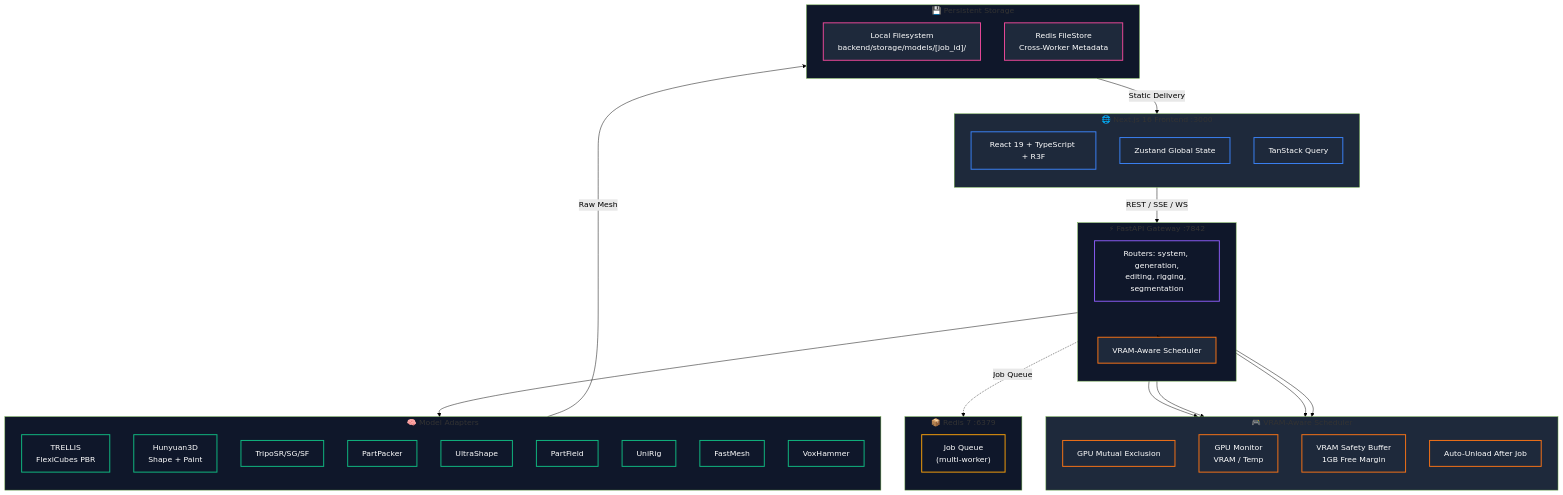
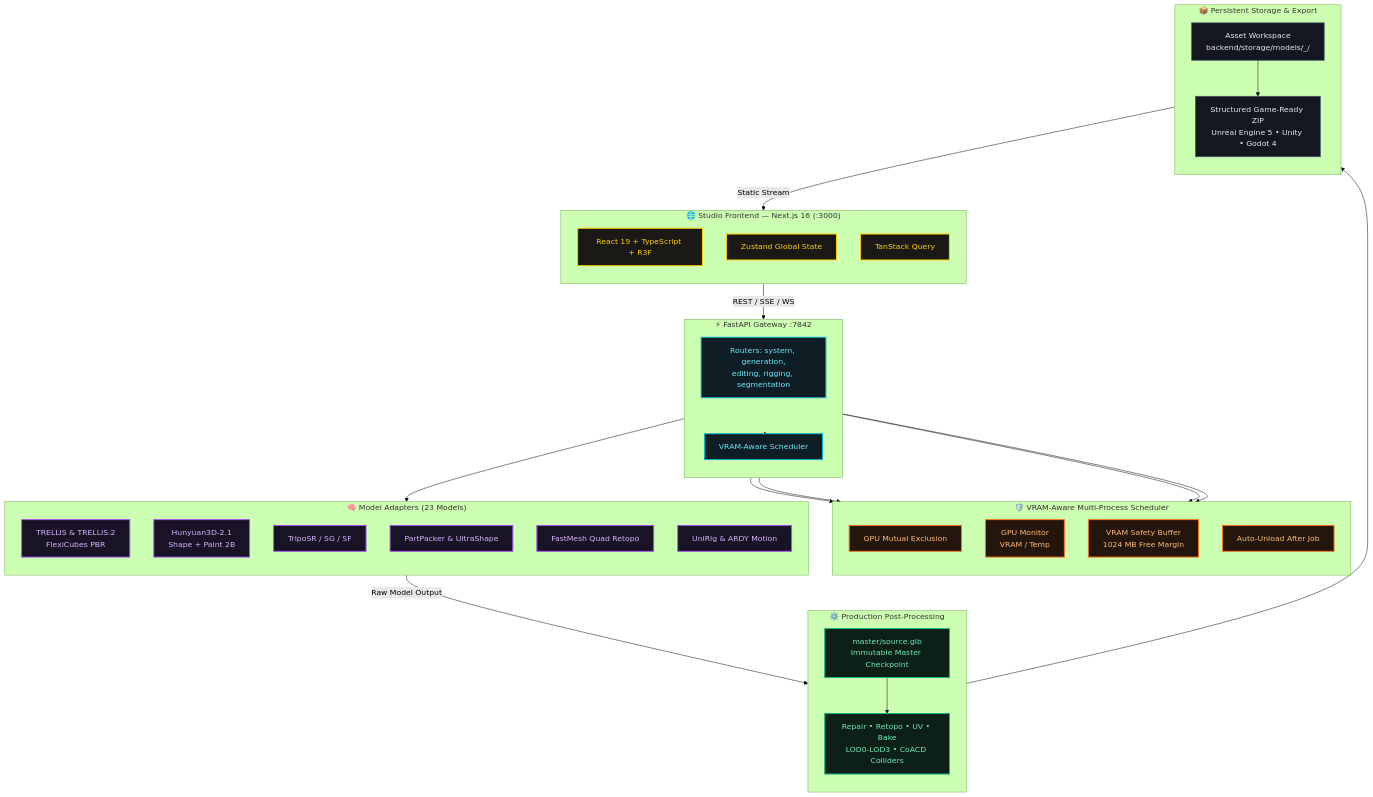
Before and after one commit to Silentzx2/ForMash3D: the first of 3 diagrams in Docs/SYSTEM-BLUEPRINT.md, drawn with Mermaid (forest theme). The commit also changed 27 other files, not shown here.

Commit message:
feat: complete master plan v2.1 gap closure, diagrams overhaul, and SEO boost

````diff
--- a/Docs/SYSTEM-BLUEPRINT.md
+++ b/Docs/SYSTEM-BLUEPRINT.md
@@ -31,72 +31,65 @@
 ```mermaid
 graph TD
-    classDef client fill:#1e293b,stroke:#3b82f6,stroke-width:2px,color:#fff
-    classDef gateway fill:#0f172a,stroke:#8b5cf6,stroke-width:2px,color:#fff
-    classDef scheduler fill:#1e293b,stroke:#f97316,stroke-width:2px,color:#fff
-    classDef adapters fill:#0f172a,stroke:#10b981,stroke-width:2px,color:#fff
-    classDef storage fill:#1e293b,stroke:#ec4899,stroke-width:2px,color:#fff
-    classDef queue fill:#0f172a,stroke:#f59e0b,stroke-width:2px,color:#fff
+    classDef gold fill:#1a1915,stroke:#ffcc00,stroke-width:2px,color:#ffcc00;
+    classDef cyan fill:#0f1d24,stroke:#06b6d4,stroke-width:2px,color:#67e8f9;
+    classDef purple fill:#191326,stroke:#a855f7,stroke-width:2px,color:#d8b4fe;
+    classDef green fill:#0d2018,stroke:#10b981,stroke-width:2px,color:#6ee7b7;
+    classDef orange fill:#24160c,stroke:#f97316,stroke-width:2px,color:#fdba74;
+    classDef slate fill:#14171f,stroke:#475569,stroke-width:1.5px,color:#e2e8f0;
 
-    subgraph Client["🌐 Next.js 16 Frontend :3000"]
+    subgraph Client["🌐 Studio Frontend — Next.js 16 (:3000)"]
         direction TB
-        UI["React 19 + TypeScript + R3F"]:::client
-        STATE["Zustand Global State"]:::client
-        QUERY["TanStack Query"]:::client
+        UI["React 19 + TypeScript + R3F"]:::gold
+        STATE["Zustand Global State"]:::gold
+        QUERY["TanStack Query"]:::gold
     end
 
     subgraph Gateway["⚡ FastAPI Gateway :7842"]
         direction TB
-        API["Routers: system, generation,<br/>editing, rigging, segmentation"]:::gateway
-        SCHED["VRAM-Aware Scheduler"]:::scheduler
+        API["Routers: system, generation,<br/>editing, rigging, segmentation"]:::cyan
+        SCHED["VRAM-Aware Scheduler"]:::cyan
     end
 
-    subgraph S["🎮 VRAM-Aware Scheduler"]
+    subgraph S["🛡️ VRAM-Aware Multi-Process Scheduler"]
         direction TB
-        GPU_LOCK["GPU Mutual Exclusion"]:::scheduler
-        MONITOR["GPU Monitor<br/>VRAM / Temp"]:::scheduler
-        SAFETY["VRAM Safety Buffer<br/>1GB Free Margin"]:::scheduler
-        AUTO_UNLOAD["Auto-Unload After Job"]:::scheduler
+        GPU_LOCK["GPU Mutual Exclusion"]:::orange
+        MONITOR["GPU Monitor<br/>VRAM / Temp"]:::orange
+        SAFETY["VRAM Safety Buffer<br/>1024 MB Free Margin"]:::orange
+        AUTO_UNLOAD["Auto-Unload After Job"]:::orange
     end
 
-    subgraph Adapters["🧠 Model Adapters"]
+    subgraph Adapters["🧠 Model Adapters (23 Models)"]
         direction TB
-        TRELLIS["TRELLIS<br/>FlexiCubes PBR"]:::adapters
-        HUNY["Hunyuan3D<br/>Shape + Paint"]:::adapters
-        TRIPO["TripoSR/SG/SF"]:::adapters
-        PP["PartPacker"]:::adapters
-        US["UltraShape"]:::adapters
-        PF["PartField"]:::adapters
-        UR["UniRig"]:::adapters
-        FM["FastMesh"]:::adapters
-        VH["VoxHammer"]:::adapters
+        TRELLIS["TRELLIS & TRELLIS.2<br/>FlexiCubes PBR"]:::purple
+        HUNY["Hunyuan3D-2.1<br/>Shape + Paint 2B"]:::purple
+        TRIPO["TripoSR / SG / SF"]:::purple
+        PP["PartPacker & UltraShape"]:::purple
+        FM["FastMesh Quad Retopo"]:::purple
+        UR["UniRig & ARDY Motion"]:::purple
     end
 
-    subgraph Storage["💾 Persistent Storage"]
+    subgraph PostProcess["⚙️ Production Post-Processing"]
         direction TB
-        LOCAL["Local Filesystem<br/>backend/storage/models/[job_id]/"]:::storage
-        REDIS_STORE["Redis FileStore<br/>Cross-Worker Metadata"]:::storage
+        CHECK["master/source.glb<br/>Immutable Master Checkpoint"]:::green
+        FINISH["Repair • Retopo • UV • Bake<br/>LOD0-LOD3 • CoACD Colliders"]:::green
     end
 
-    subgraph Queue["📦 Redis 7 :6379"]
+    subgraph Storage["📦 Persistent Storage & Export"]
         direction TB
-        JOB_QUEUE["Job Queue<br/>(multi-worker)"]:::queue
+        LOCAL["Asset Workspace<br/>backend/storage/models/<asset>_<hash>/"]:::slate
+        ZIP["Structured Game-Ready ZIP<br/>Unreal Engine 5 • Unity • Godot 4"]:::slate
     end
 
     Client -- "REST / SSE / WS" --> Gateway
     Gateway --> SCHED
     SCHED --> GPU_LOCK
     SCHED --> MONITOR
     SCHED --> SAFETY
     SCHED --> AUTO_UNLOAD
     SCHED --> Adapters
-    Adapters -->|Raw Mesh| Storage
-    Storage -- "Static Delivery" --> Client
-    Gateway -.->|Job Queue| Queue
-
-    style Client fill:#1e293b
-    style Gateway fill:#0f172a
-    style S fill:#1e293b
-    style Adapters fill:#0f172a
-    style Storage fill:#0f172a
-    style Queue fill:#0f172a
+    Adapters -->|Raw Model Output| CHECK
+    CHECK --> FINISH
+    FINISH --> LOCAL
+    LOCAL --> ZIP
+    LOCAL -- "Static Stream" --> Client
 ```
````
